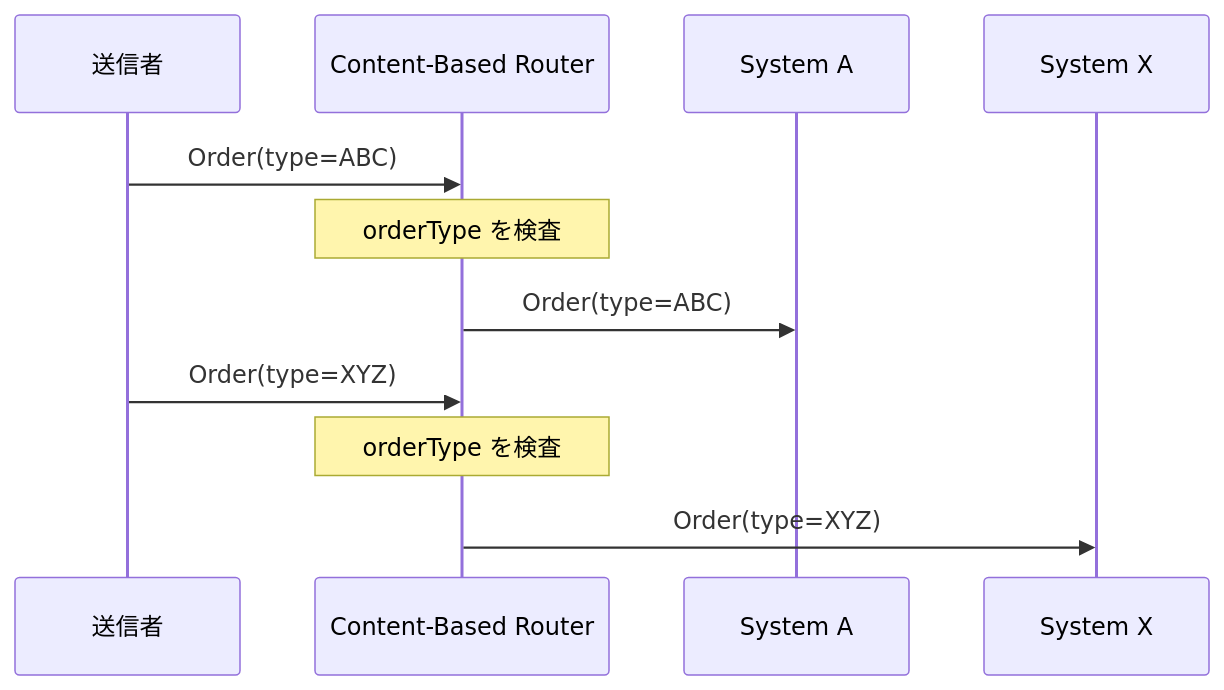
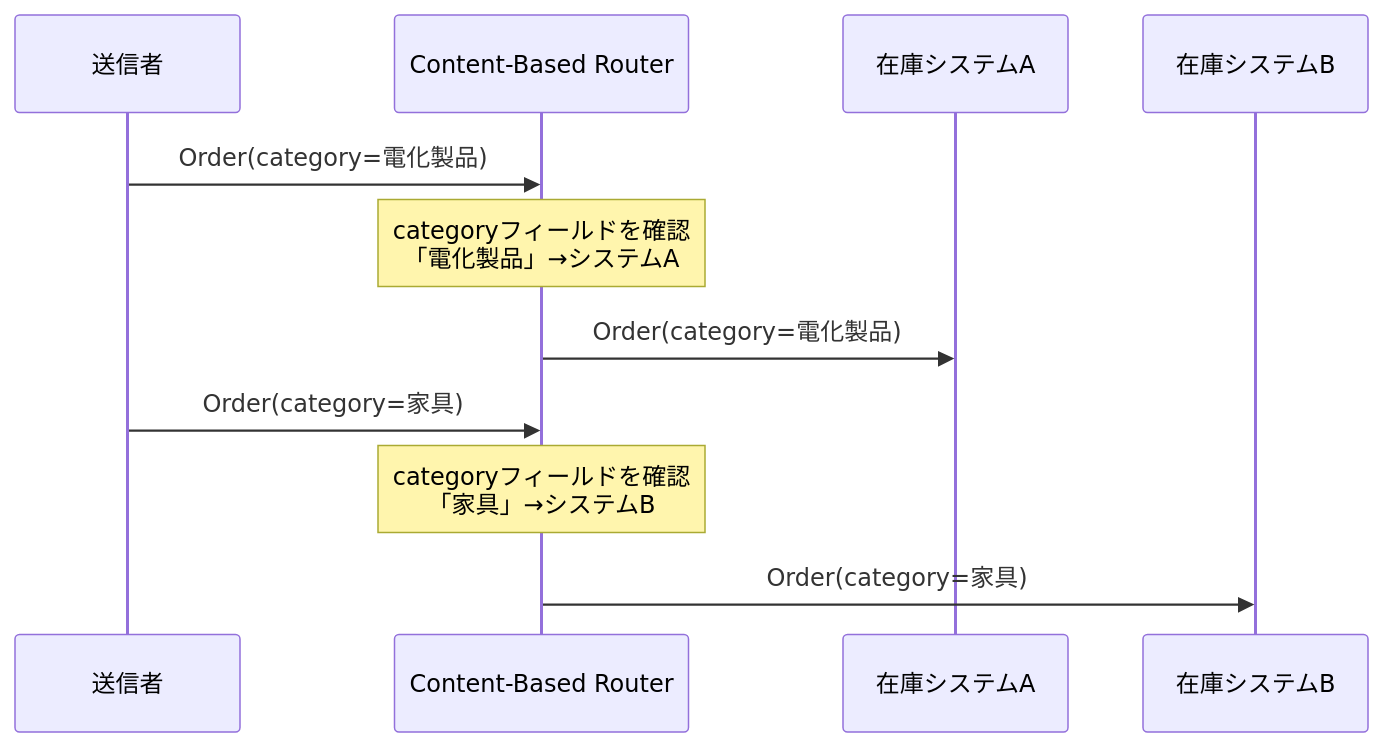
The third of 3 diagrams in content/programming/reactive_messaging_pattern/simple-routers/content_based_router.md (tomoikey/quartz), drawn with Mermaid before and after one commit. The commit also changed other lines of this file and 18 other files, not shown here.

````diff
--- a/content/programming/reactive_messaging_pattern/simple-routers/content_based_router.md
+++ b/content/programming/reactive_messaging_pattern/simple-routers/content_based_router.md
@@ -48,15 +84,15 @@
 ```mermaid
 sequenceDiagram
     participant Sender as 送信者
     participant CBR as Content-Based Router
-    participant SysA as System A
-    participant SysX as System X
+    participant SysA as 在庫システムA
+    participant SysB as 在庫システムB
 
-    Sender->>CBR: Order(type=ABC)
-    Note over CBR: orderType を検査
-    CBR->>SysA: Order(type=ABC)
+    Sender->>CBR: Order(category=電化製品)
+    Note over CBR: categoryフィールドを確認<br/>「電化製品」→システムA
+    CBR->>SysA: Order(category=電化製品)
 
-    Sender->>CBR: Order(type=XYZ)
-    Note over CBR: orderType を検査
-    CBR->>SysX: Order(type=XYZ)
+    Sender->>CBR: Order(category=家具)
+    Note over CBR: categoryフィールドを確認<br/>「家具」→システムB
+    CBR->>SysB: Order(category=家具)
 ```
````
